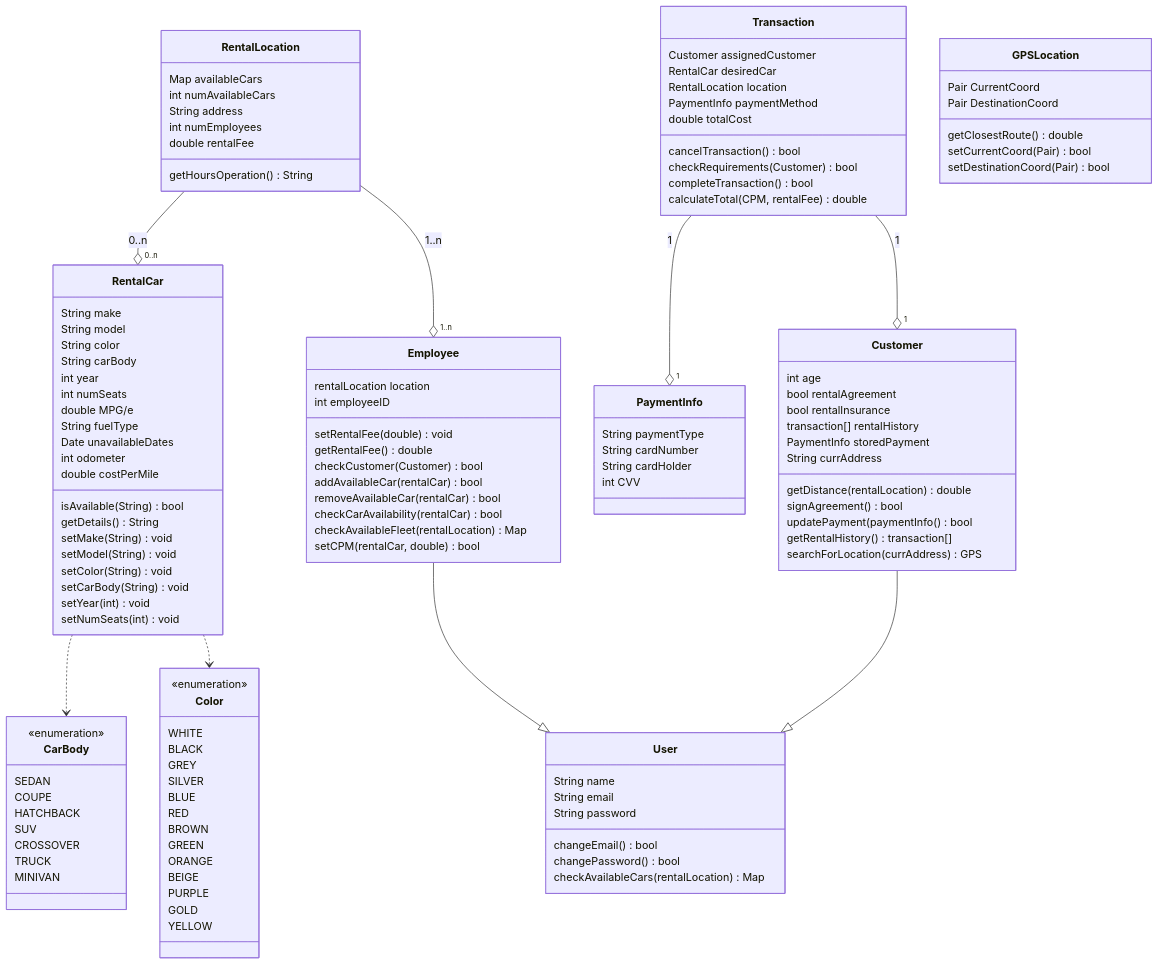
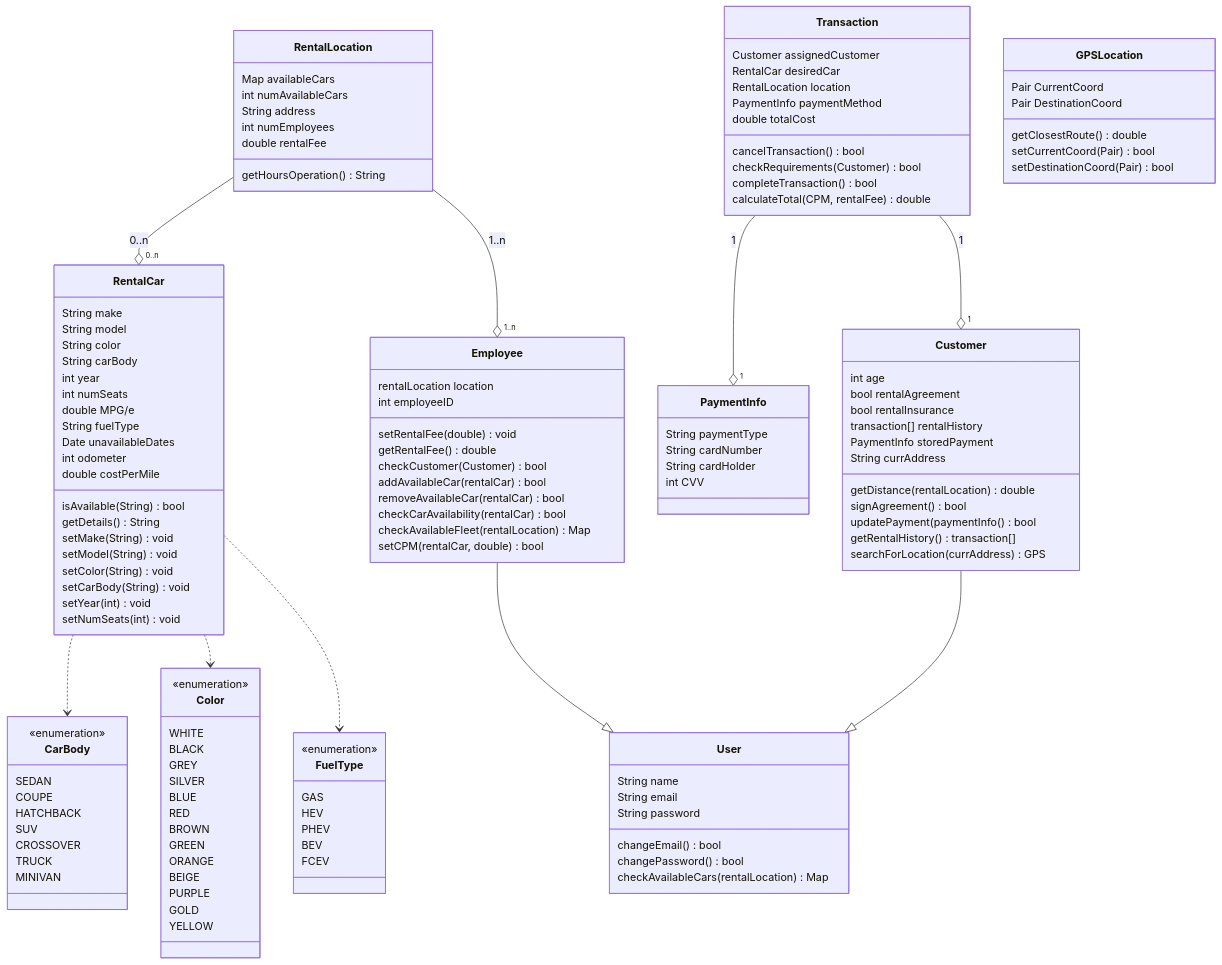
The diagram in UML Car Rental.md (bczuniga/CS250-Sp23-Group13), drawn with Mermaid before and after one commit.

Commit message:
Added FuelType enumeration

````diff
--- a/UML Car Rental.md
+++ b/UML Car Rental.md
@@ -7,6 +7,7 @@
 
     RentalCar ..> CarBody
     RentalCar ..> Color
+    RentalCar ..> FuelType
     RentalLocation --o "0..n" RentalCar : 0..n
     RentalLocation --o "1..n" Employee : 1..n
     Transaction --o "1" PaymentInfo : 1
@@ -142,4 +143,13 @@
         GOLD
         YELLOW
     }
+    
+    class FuelType {
+        <<enumeration>>
+        GAS
+        HEV
+        PHEV
+        BEV
+        FCEV
+}
 ```
````
